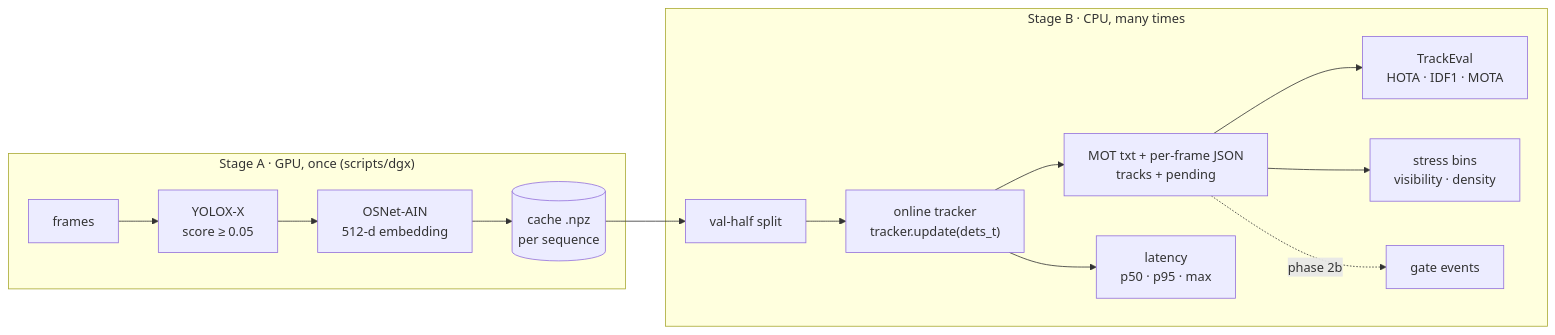
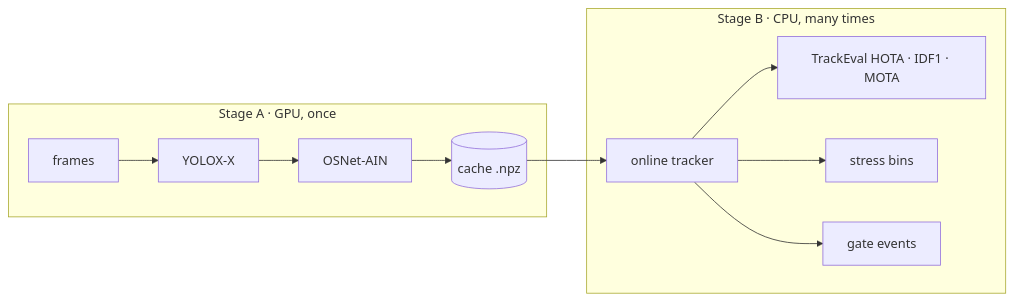
The diagram in README.md (panshularora/zed-ps2-tracker), drawn with Mermaid before and after one commit. The commit also changed other lines of this file and 9 other files, not shown here.

````diff
--- a/README.md
+++ b/README.md
@@ -91,14 +137,12 @@
 ```mermaid
 flowchart LR
-    subgraph A["Stage A · GPU, once (scripts/dgx)"]
-        F[frames] --> D["YOLOX-X<br/>score ≥ 0.05"] --> R["OSNet-AIN<br/>512-d embedding"] --> C[(cache .npz<br/>per sequence)]
+    subgraph A["Stage A · GPU, once"]
+        F[frames] --> D["YOLOX-X"] --> R["OSNet-AIN"] --> C[(cache .npz)]
     end
     subgraph B["Stage B · CPU, many times"]
-        C --> S[val-half split] --> T["online tracker<br/>tracker.update(dets_t)"]
-        T --> M[MOT txt + per-frame JSON<br/>tracks + pending]
-        M --> E["TrackEval<br/>HOTA · IDF1 · MOTA"]
-        M --> X["stress bins<br/>visibility · density"]
-        M -.phase 2b.-> G[gate events]
-        T --> L["latency<br/>p50 · p95 · max"]
+        C --> T["online tracker"]
+        T --> E["TrackEval HOTA · IDF1 · MOTA"]
+        T --> X["stress bins"]
+        T --> G[gate events]
     end
 ```
````
